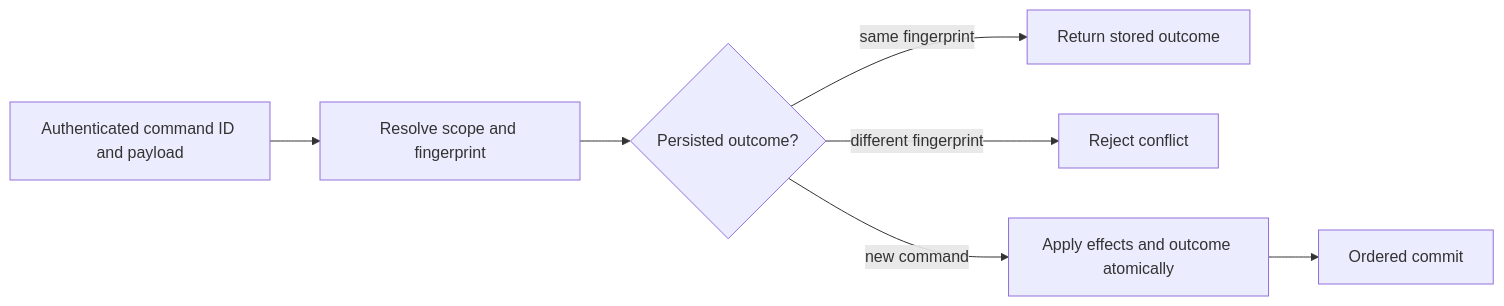
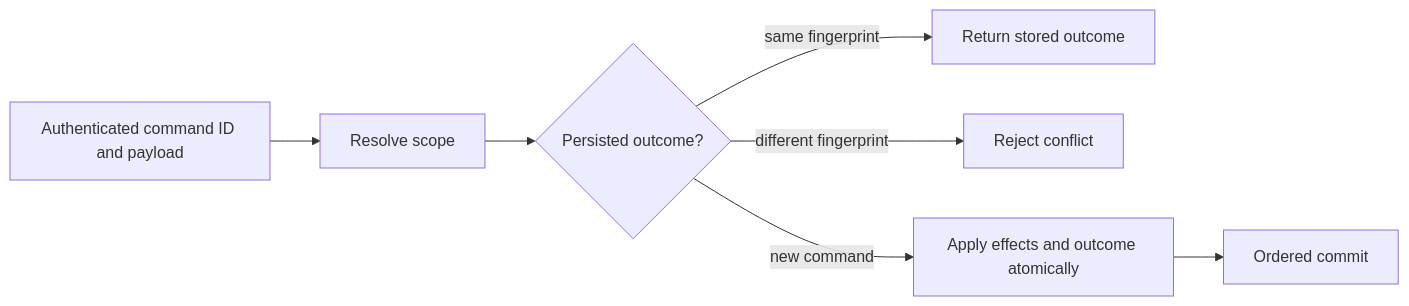
The diagram in docs/ADR/ADR-002-command-idempotency.md (managedcode/KeyLoad), drawn with Mermaid before and after one commit. The commit also changed other lines of this file and 111 other files, not shown here.

````diff
--- a/docs/ADR/ADR-002-command-idempotency.md
+++ b/docs/ADR/ADR-002-command-idempotency.md
@@ -27,9 +27,9 @@
 ```mermaid
 flowchart LR
-    Request[Authenticated command ID and payload] --> Canonical[Resolve scope and fingerprint]
+    Request[Authenticated command ID and payload] --> Canonical[Resolve scope]
     Canonical --> Lookup{Persisted outcome?}
     Lookup -->|same fingerprint| Return[Return stored outcome]
     Lookup -->|different fingerprint| Conflict[Reject conflict]
     Lookup -->|new command| Effects[Apply effects and outcome atomically]
     Effects --> Commit[Ordered commit]
 ```
````
